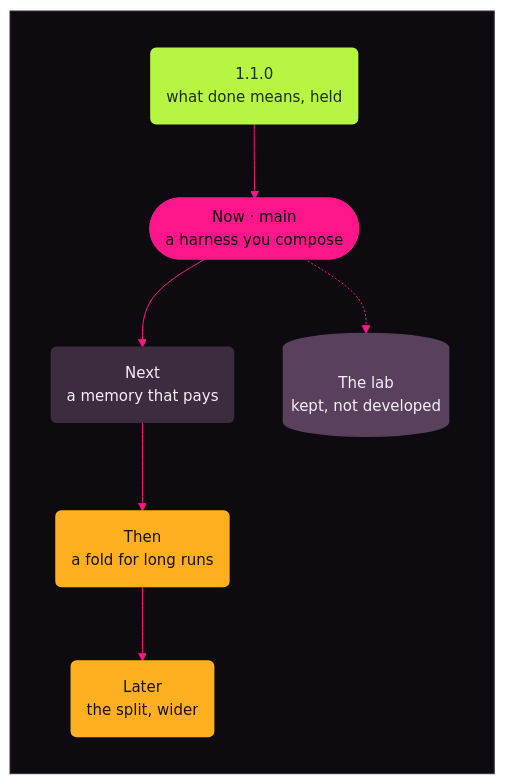
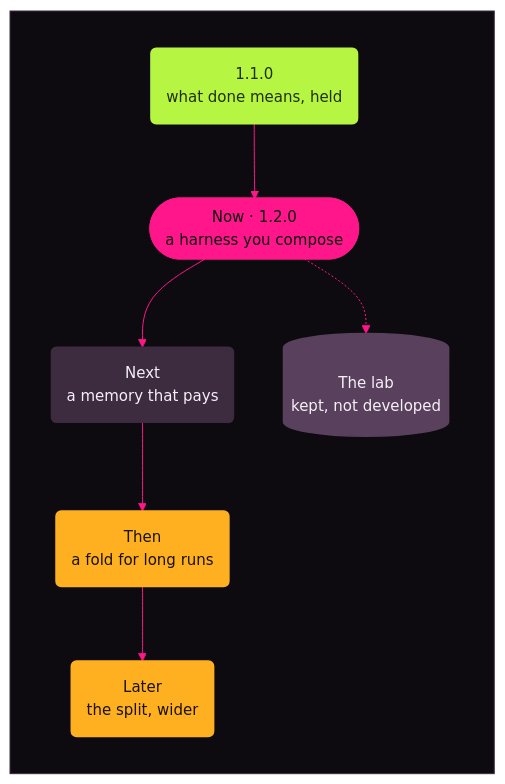
Before and after one commit to Kaginari/mikata: the diagram in docs/roadmap.md, drawn with Mermaid. The commit also changed other lines of this file and 3 other files, not shown here.

Commit message:
Release 1.2.0: version, changelog dated 2026-11-25 with the board's last fixes, roadmap's Now

````diff
--- a/docs/roadmap.md
+++ b/docs/roadmap.md
@@ -9,75 +9,75 @@
 ```mermaid
 ---
 config:
   theme: base
   themeVariables:
     darkMode: true
     background: "#0d0b10"
     fontFamily: "Inter, Segoe UI, system-ui, -apple-system, Helvetica, Arial, sans-serif"
     fontSize: "15px"
     primaryColor: "#3d2b40"
     primaryTextColor: "#f5eff7"
     primaryBorderColor: "#3d2b40"
     secondaryColor: "#59405d"
     secondaryTextColor: "#f5eff7"
     secondaryBorderColor: "#59405d"
     tertiaryColor: "#16111b"
     tertiaryTextColor: "#f5eff7"
     tertiaryBorderColor: "#3d2b40"
     lineColor: "#ff168a"
     textColor: "#f5eff7"
     titleColor: "#f5eff7"
     edgeLabelBackground: "#0d0b10"
     clusterBkg: "#16111b"
     clusterBorder: "#3d2b40"
     noteBkgColor: "#ffb020"
     noteTextColor: "#1a1205"
     noteBorderColor: "#ffb020"
     actorBkg: "#3d2b40"
     actorBorder: "#3d2b40"
     actorTextColor: "#f5eff7"
     actorLineColor: "#59405d"
     signalColor: "#ff655c"
     signalTextColor: "#f5eff7"
     labelBoxBkgColor: "#3d2b40"
     labelBoxBorderColor: "#3d2b40"
     labelTextColor: "#f5eff7"
     loopTextColor: "#f5eff7"
     activationBkgColor: "#ff168a"
     activationBorderColor: "#ff168a"
     sequenceNumberColor: "#0d0b10"
     transitionColor: "#ff168a"
     transitionLabelColor: "#f5eff7"
     stateLabelColor: "#f5eff7"
     stateBkg: "#3d2b40"
     labelBackgroundColor: "#0d0b10"
     compositeBackground: "#16111b"
     compositeTitleBackground: "#3d2b40"
     altBackground: "#16111b"
     specialStateColor: "#b6f542"
     innerEndBackground: "#b6f542"
   flowchart:
     wrappingWidth: 220
 ---
 flowchart TD
     subgraph MIKATA_BG[" "]
       direction TB
-      R("1.1.0<br/>what done means, held") --> N(["Now · main<br/>a harness you compose"])
+      R("1.1.0<br/>what done means, held") --> N(["Now · 1.2.0<br/>a harness you compose"])
       N --> M("Next<br/>a memory that pays")
       M --> F("Then<br/>a fold for long runs")
       F --> S("Later<br/>the split, wider")
       L[("The lab<br/>kept, not developed")]
       N -.-> L
     end
     classDef shipped fill:#b6f542,stroke:#b6f542,stroke-width:2px,color:#203008
     class R shipped
     classDef now fill:#ff168a,stroke:#ff168a,stroke-width:2px,color:#0d0b10
     class N now
     classDef next fill:#3d2b40,stroke:#3d2b40,stroke-width:1.5px,color:#f5eff7
     class M next
     classDef later fill:#ffb020,stroke:#ffb020,stroke-width:2px,color:#1a1205
     class F,S later
     classDef lab fill:#59405d,stroke:#59405d,stroke-width:1.5px,color:#f5eff7
     class L lab
     style MIKATA_BG fill:#0d0b10,stroke:#3d2b40,color:#0d0b10
 ```
````
